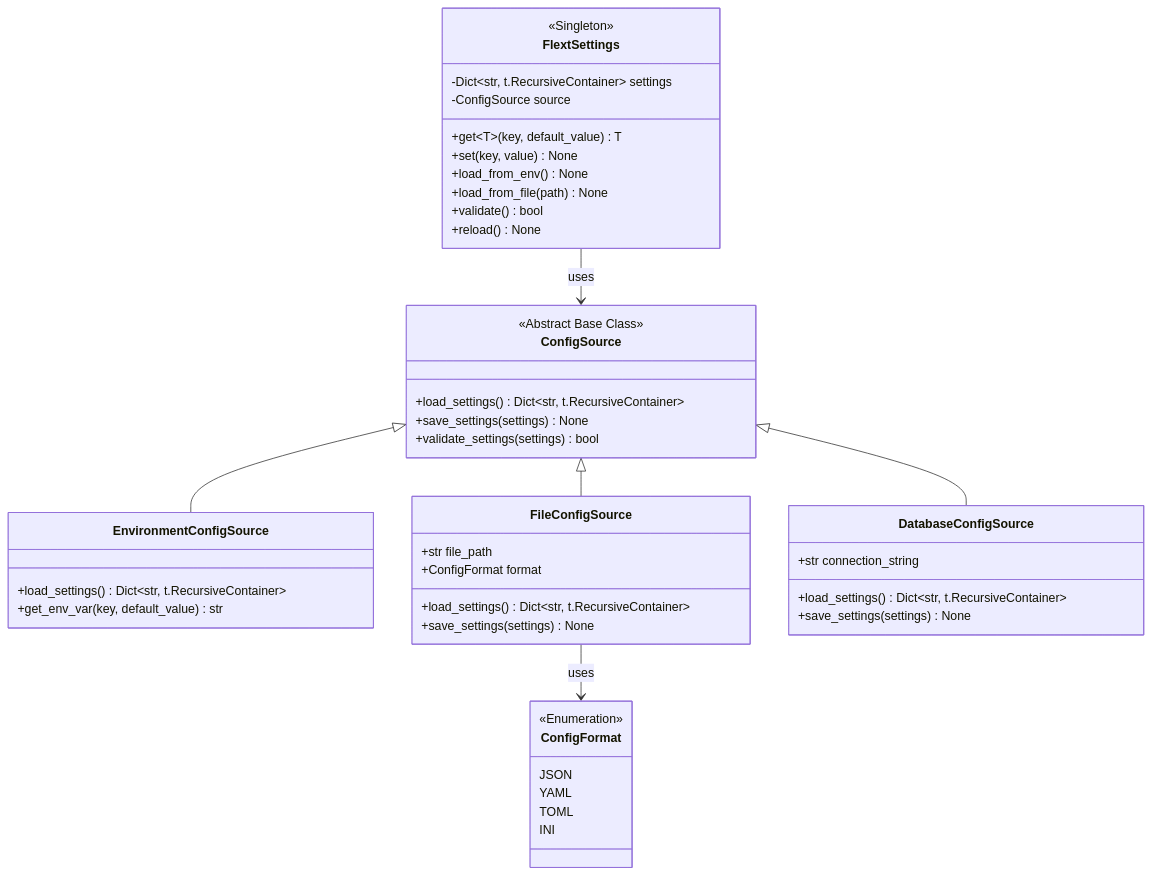
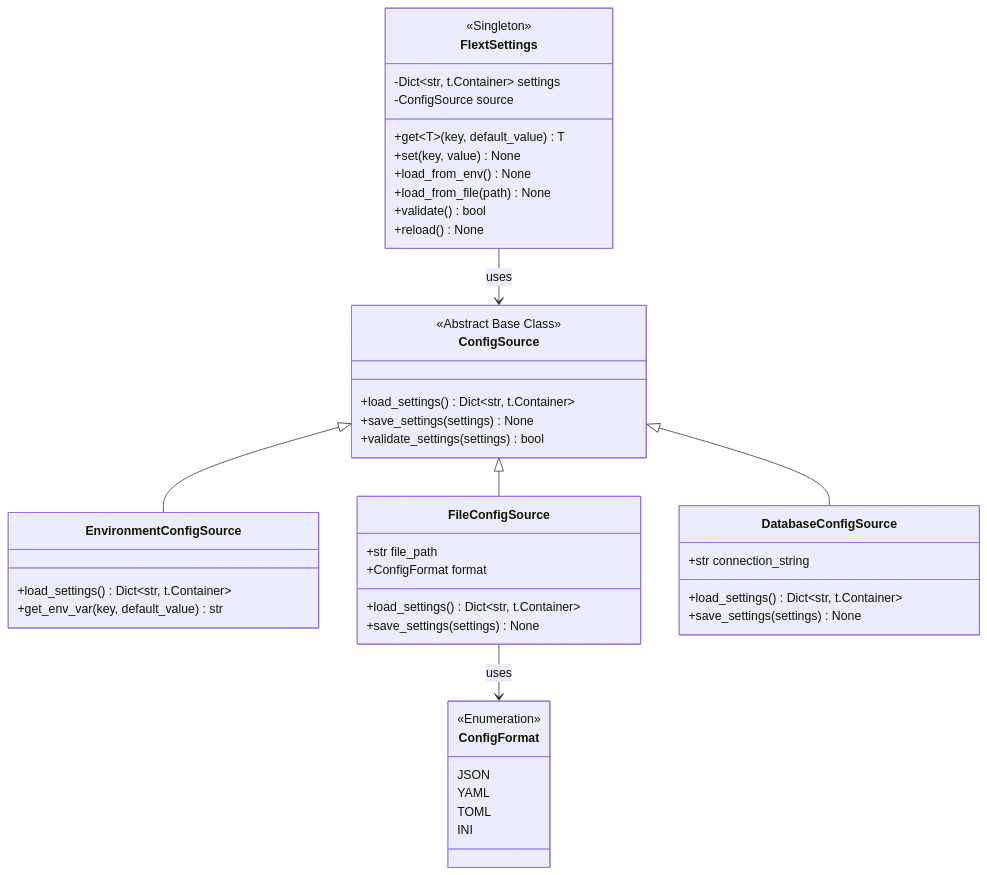
One commit to flext-sh/flext changed the ninth of 10 diagrams in docs/architecture/c4-model/code-diagrams.md. Above: the diagram before and after it, drawn with Mermaid. The commit also changed other lines of this file and 240 other files, not shown here.

````diff
--- a/docs/architecture/c4-model/code-diagrams.md
+++ b/docs/architecture/c4-model/code-diagrams.md
@@ -463,53 +463,53 @@
 ```mermaid
 classDiagram
     class FlextSettings {
         <<Singleton>>
-        -Dict~str, t.RecursiveContainer~ settings
+        -Dict~str, t.Container~ settings
         -ConfigSource source
         +get~T~(key, default_value) T
         +set(key, value) None
         +load_from_env() None
         +load_from_file(path) None
         +validate() bool
         +reload() None
     }
 
     class ConfigSource {
         <<Abstract Base Class>>
-        +load_settings() Dict~str, t.RecursiveContainer~
+        +load_settings() Dict~str, t.Container~
         +save_settings(settings) None
         +validate_settings(settings) bool
     }
 
     class EnvironmentConfigSource {
-        +load_settings() Dict~str, t.RecursiveContainer~
+        +load_settings() Dict~str, t.Container~
         +get_env_var(key, default_value) str
     }
 
     class FileConfigSource {
         +str file_path
         +ConfigFormat format
-        +load_settings() Dict~str, t.RecursiveContainer~
+        +load_settings() Dict~str, t.Container~
         +save_settings(settings) None
     }
 
     class DatabaseConfigSource {
         +str connection_string
-        +load_settings() Dict~str, t.RecursiveContainer~
+        +load_settings() Dict~str, t.Container~
         +save_settings(settings) None
     }
 
     class ConfigFormat {
         <<Enumeration>>
         JSON
         YAML
         TOML
         INI
     }
 
     FlextSettings --> ConfigSource : uses
     ConfigSource <|-- EnvironmentConfigSource
     ConfigSource <|-- FileConfigSource
     ConfigSource <|-- DatabaseConfigSource
     FileConfigSource --> ConfigFormat : uses
 ```
````
